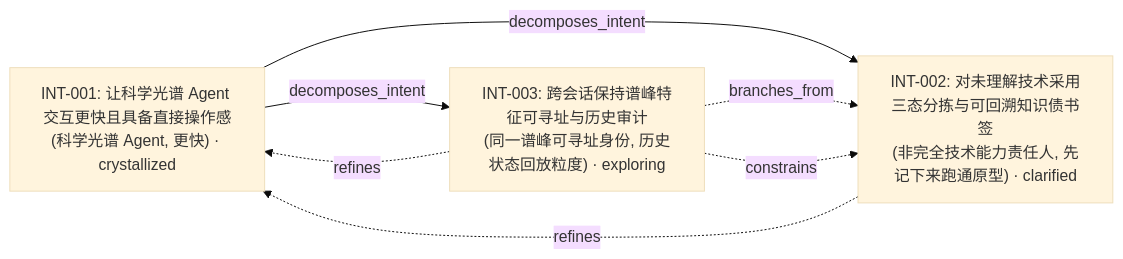
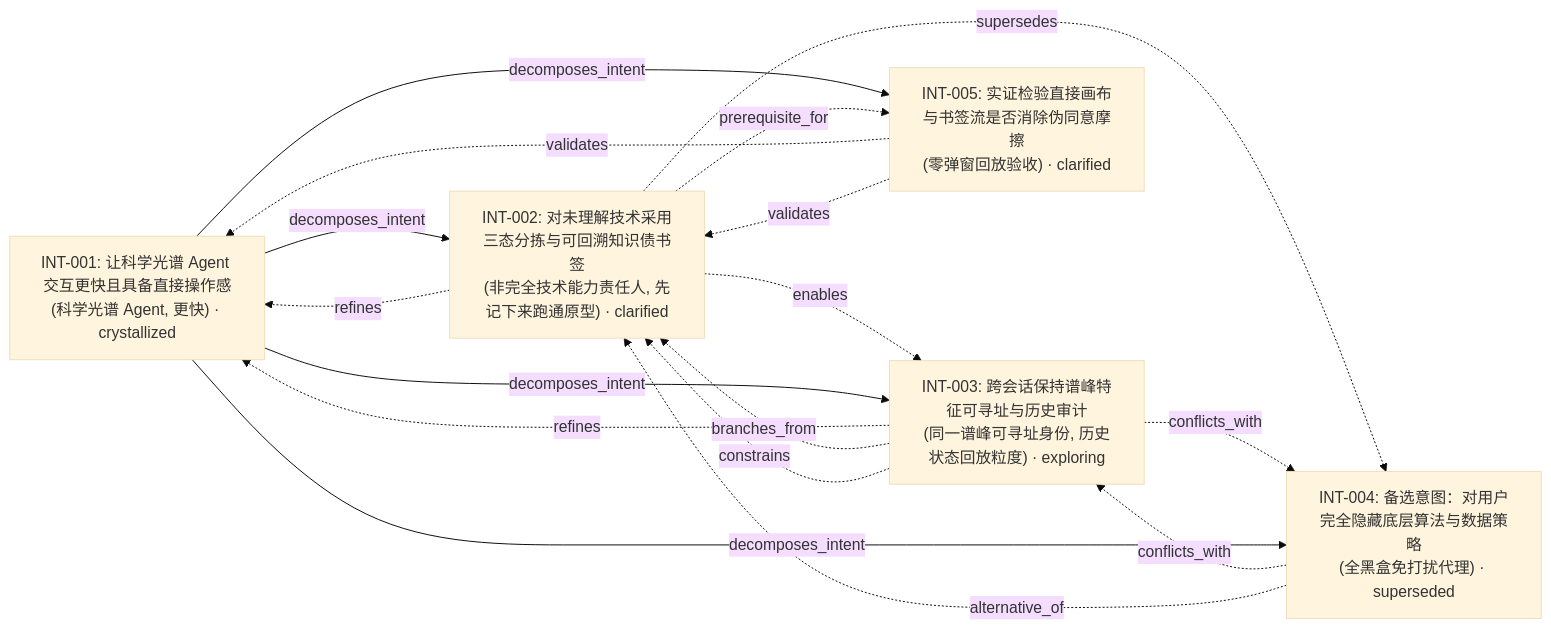
Before and after one commit to mynamesnoname/paths-to-modernity: the diagram in assets/four-graph-example/_aiHumanInteract/intent/structure/graph.md, drawn with Mermaid (base theme). The commit also changed other lines of this file and 58 other files, not shown here.

````diff
--- a/assets/four-graph-example/_aiHumanInteract/intent/structure/graph.md
+++ b/assets/four-graph-example/_aiHumanInteract/intent/structure/graph.md
@@ -5,12 +5,24 @@
 ```mermaid
 flowchart LR
     INT_001["INT-001: 让科学光谱 Agent 交互更快且具备直接操作感<br/>(科学光谱 Agent, 更快) · crystallized"]
     INT_002["INT-002: 对未理解技术采用三态分拣与可回溯知识债书签<br/>(非完全技术能力责任人, 先记下来跑通原型) · clarified"]
     INT_003["INT-003: 跨会话保持谱峰特征可寻址与历史审计<br/>(同一谱峰可寻址身份, 历史状态回放粒度) · exploring"]
+    INT_004["INT-004: 备选意图：对用户完全隐藏底层算法与数据策略<br/>(全黑盒免打扰代理) · superseded"]
+    INT_005["INT-005: 实证检验直接画布与书签流是否消除伪同意摩擦<br/>(零弹窗回放验收) · clarified"]
     INT_001 -->|decomposes_intent| INT_002
+    INT_002 -.->|enables| INT_003
+    INT_002 -.->|supersedes| INT_004
     INT_002 -.->|refines| INT_001
     INT_001 -->|decomposes_intent| INT_003
+    INT_003 -.->|conflicts_with| INT_004
     INT_003 -.->|refines| INT_001
     INT_003 -.->|branches_from| INT_002
     INT_003 -.->|constrains| INT_002
+    INT_001 -->|decomposes_intent| INT_004
+    INT_004 -.->|conflicts_with| INT_003
+    INT_004 -.->|alternative_of| INT_002
+    INT_001 -->|decomposes_intent| INT_005
+    INT_002 -.->|prerequisite_for| INT_005
+    INT_005 -.->|validates| INT_001
+    INT_005 -.->|validates| INT_002
 ```
````
